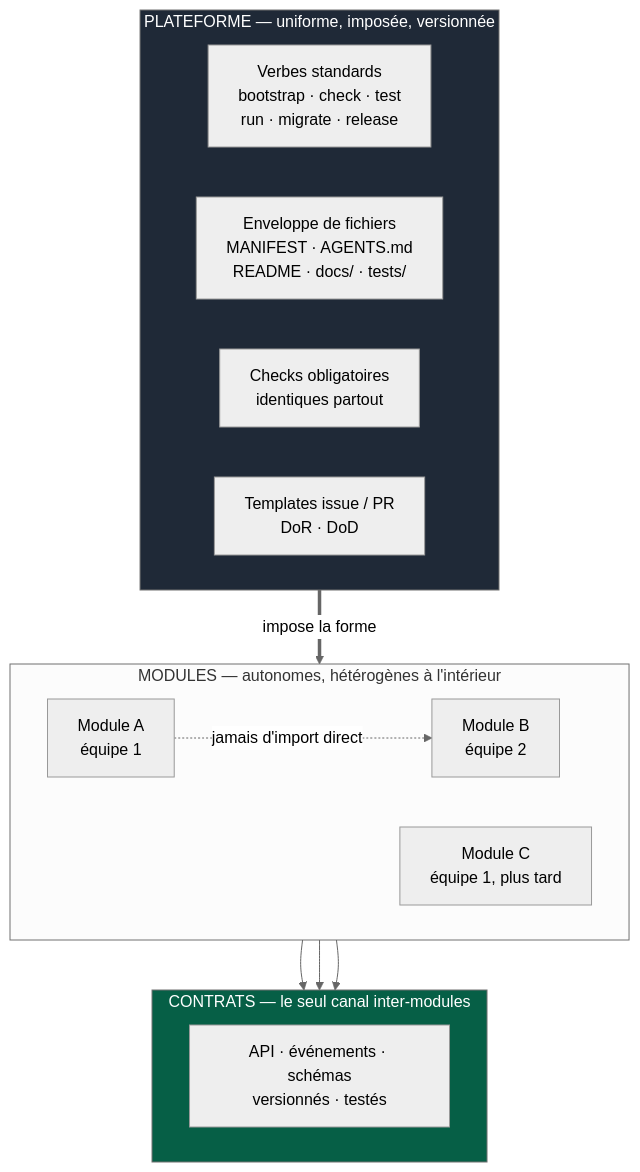
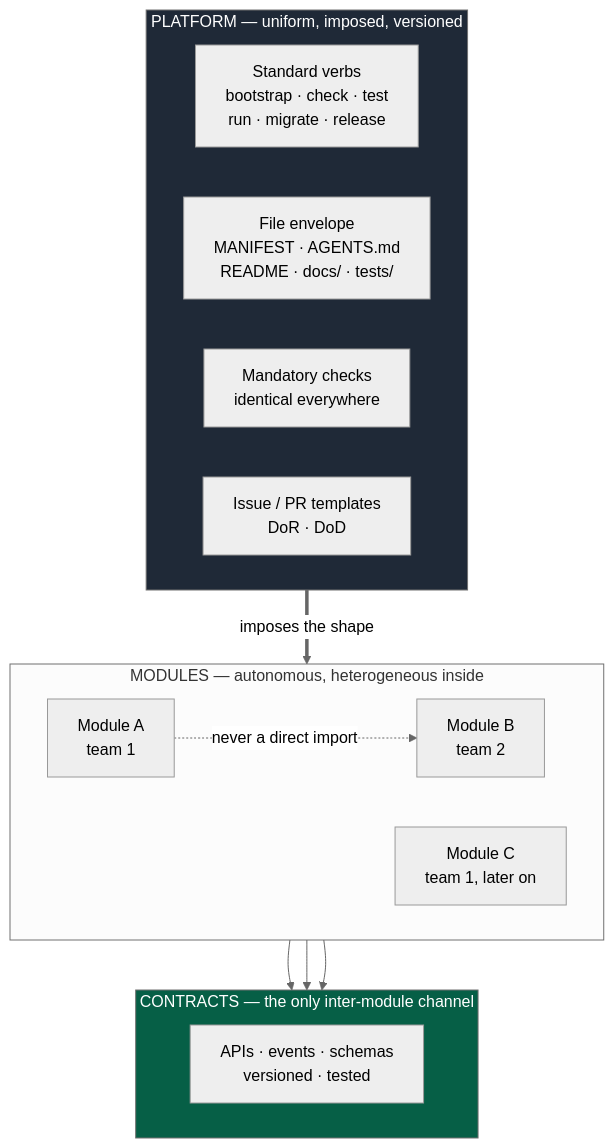
Before and after one commit to NapkinStack/engineering-os: the first of 5 diagrams in skeleton/docs/os/02-modules.md, drawn with Mermaid (neutral theme). The commit also changed other lines of this file and 87 other files, not shown here.

````diff
--- a/skeleton/docs/os/02-modules.md
+++ b/skeleton/docs/os/02-modules.md
@@ -28,31 +28,31 @@
 ```mermaid
 flowchart TB
-    subgraph P["PLATEFORME — uniforme, imposée, versionnée"]
+    subgraph P["PLATFORM — uniform, imposed, versioned"]
         direction LR
-        P1["Verbes standards<br/>bootstrap · check · test<br/>run · migrate · release"]
-        P2["Enveloppe de fichiers<br/>MANIFEST · AGENTS.md<br/>README · docs/ · tests/"]
-        P3["Checks obligatoires<br/>identiques partout"]
-        P4["Templates issue / PR<br/>DoR · DoD"]
+        P1["Standard verbs<br/>bootstrap · check · test<br/>run · migrate · release"]
+        P2["File envelope<br/>MANIFEST · AGENTS.md<br/>README · docs/ · tests/"]
+        P3["Mandatory checks<br/>identical everywhere"]
+        P4["Issue / PR templates<br/>DoR · DoD"]
     end
 
-    subgraph M["MODULES — autonomes, hétérogènes à l'intérieur"]
+    subgraph M["MODULES — autonomous, heterogeneous inside"]
         direction LR
-        MA["Module A<br/>équipe 1"]
-        MB["Module B<br/>équipe 2"]
-        MC["Module C<br/>équipe 1, plus tard"]
+        MA["Module A<br/>team 1"]
+        MB["Module B<br/>team 2"]
+        MC["Module C<br/>team 1, later on"]
     end
 
-    subgraph C["CONTRATS — le seul canal inter-modules"]
+    subgraph C["CONTRACTS — the only inter-module channel"]
         direction LR
-        CT["API · événements · schémas<br/>versionnés · testés"]
+        CT["APIs · events · schemas<br/>versioned · tested"]
     end
 
-    P ==>|"impose la forme"| M
-    MA -.->|"jamais d'import direct"| MB
+    P ==>|"imposes the shape"| M
+    MA -.->|"never a direct import"| MB
     MA --> CT
     MB --> CT
     MC --> CT
 
     style P fill:#1f2937,color:#fff
     style C fill:#065f46,color:#fff
 ```
````
